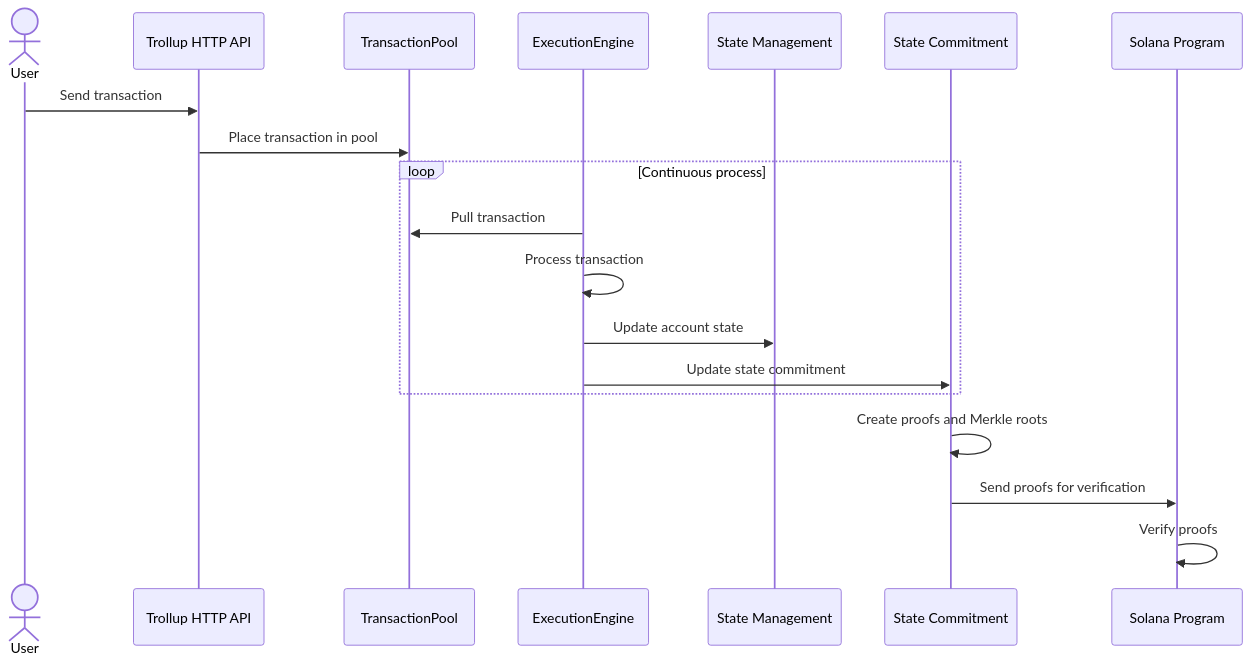
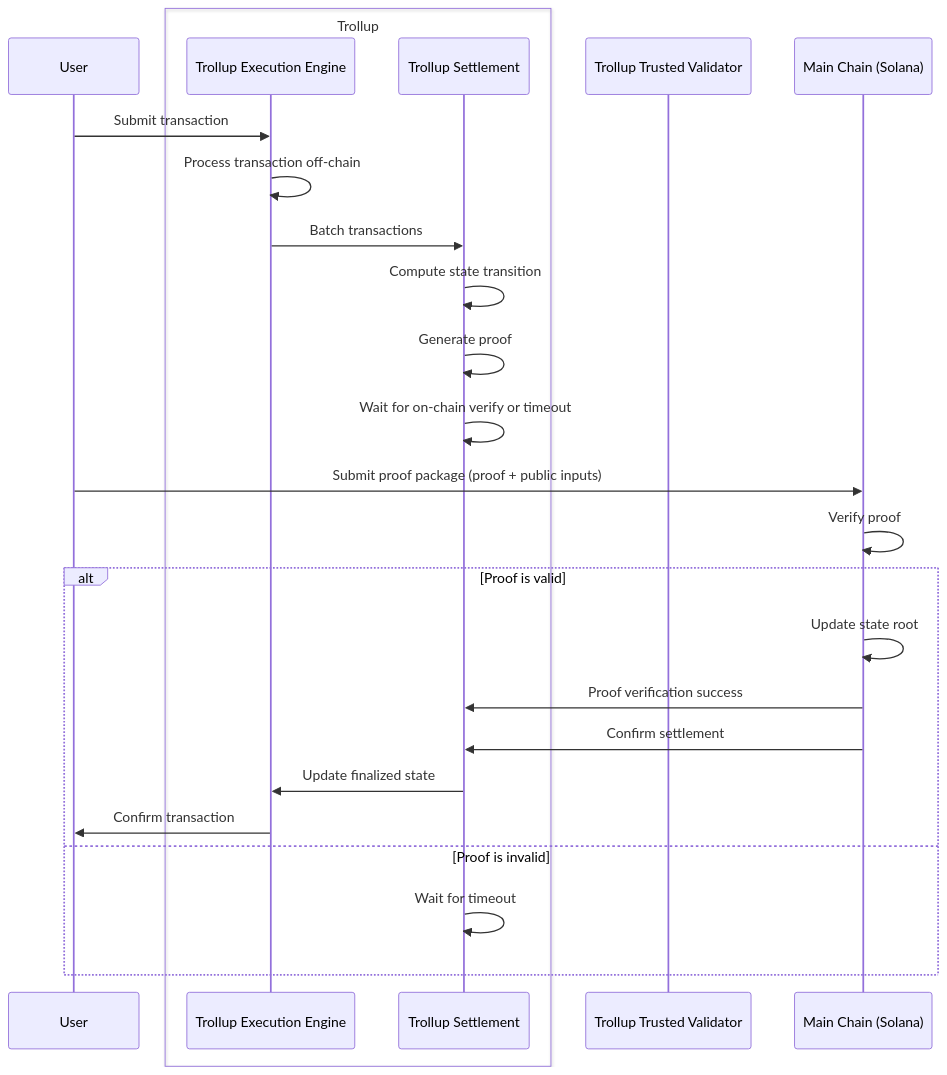
One commit to wkennedy/trollup changed the second of 3 diagrams in README.md. Above: the diagram before and after it, drawn with Mermaid. The commit also changed other lines of this file and 4 other files, not shown here.

````diff
--- a/README.md
+++ b/README.md
@@ -36,22 +41,28 @@
 ```mermaid
 sequenceDiagram
-    actor User
-    participant API as Trollup HTTP API
-    participant TP as TransactionPool
-    participant EE as ExecutionEngine
-    participant SM as State Management
-    participant SC as State Commitment
-    participant SP as Solana Program
+    participant User
+    box Trollup
+        participant Rollup as Trollup Execution Engine
+        participant Settlement as Trollup Settlement
+    end
+    participant Validator as Trollup Trusted Validator
+    participant MainChain as Main Chain (Solana)
 
-    User->>API: Send transaction
-    API->>TP: Place transaction in pool
-    loop Continuous process
-        EE->>TP: Pull transaction
-        EE->>EE: Process transaction
-        EE->>SM: Update account state
-        EE->>SC: Update state commitment
+    User->>Rollup: Submit transaction
+    Rollup->>Rollup: Process transaction off-chain
+    Rollup->>Settlement: Batch transactions
+    Settlement->>Settlement: Compute state transition
+    Settlement->>Settlement: Generate proof
+    Settlement->>Settlement: Wait for on-chain verify or timeout
+    User->>MainChain: Submit proof package (proof + public inputs)
+    MainChain->>MainChain: Verify proof
+    alt Proof is valid
+        MainChain->>MainChain: Update state root
+        MainChain->>Settlement: Proof verification success
+        MainChain->>Settlement: Confirm settlement
+        Settlement->>Rollup: Update finalized state
+        Rollup->>User: Confirm transaction
+    else Proof is invalid
+        Settlement->>Settlement: Wait for timeout
     end
-    SC->>SC: Create proofs and Merkle roots
-    SC->>SP: Send proofs for verification
-    SP->>SP: Verify proofs
 ```
````
